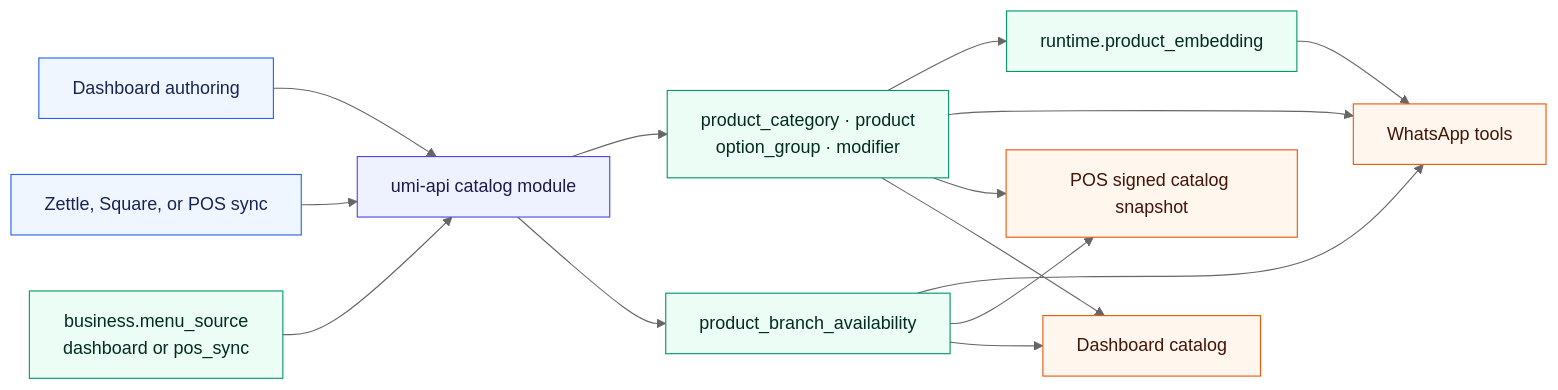
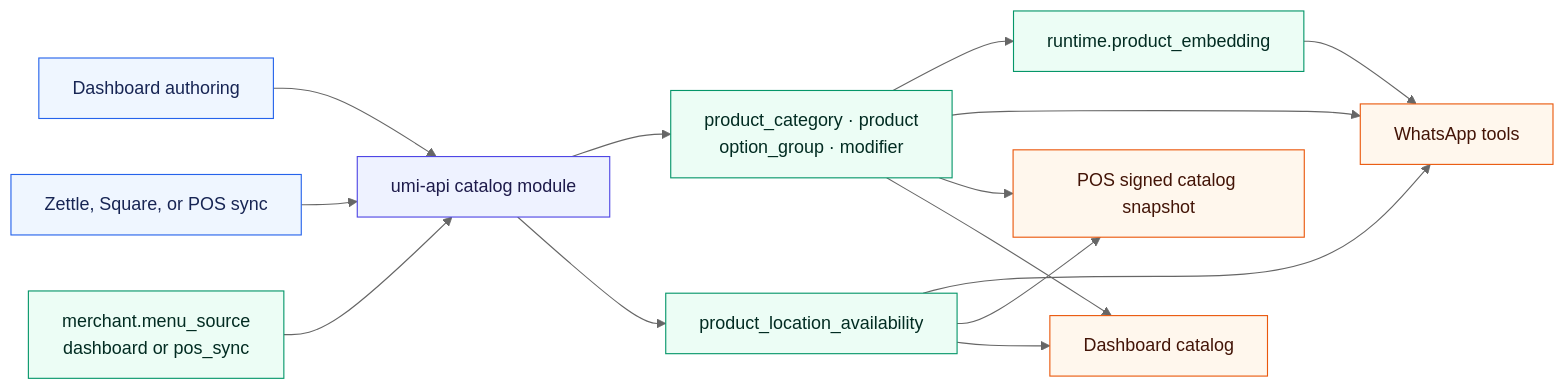
Before and after one commit to umiconsulting/umi: the eighth of 17 diagrams in docs/architecture/umi-platform-architecture-presentation.md, drawn with Mermaid (neutral theme). The commit also changed other lines of this file and 214 other files, not shown here.

````diff
--- a/docs/architecture/umi-platform-architecture-presentation.md
+++ b/docs/architecture/umi-platform-architecture-presentation.md
@@ -416,23 +416,23 @@
 ```mermaid
 flowchart LR
   classDef source fill:#eff6ff,stroke:#2563eb,color:#172554
   classDef api fill:#eef2ff,stroke:#4f46e5,color:#1e1b4b
   classDef fact fill:#ecfdf5,stroke:#059669,color:#022c22
   classDef consumer fill:#fff7ed,stroke:#ea580c,color:#431407
 
   Dashboard["Dashboard authoring"]:::source --> API["umi-api catalog module"]:::api
   Sync["Zettle, Square, or POS sync"]:::source --> API
-  Authority["business.menu_source<br/>dashboard or pos_sync"]:::fact --> API
+  Authority["merchant.menu_source<br/>dashboard or pos_sync"]:::fact --> API
 
   API --> Catalog["product_category · product<br/>option_group · modifier"]:::fact
-  API --> Availability["product_branch_availability"]:::fact
+  API --> Availability["product_location_availability"]:::fact
   Catalog --> Embed["runtime.product_embedding"]:::fact
 
   Catalog --> WA["WhatsApp tools"]:::consumer
   Catalog --> POS["POS signed catalog snapshot"]:::consumer
   Catalog --> Dash["Dashboard catalog"]:::consumer
   Availability --> WA
   Availability --> POS
   Availability --> Dash
   Embed --> WA
 ```
````
